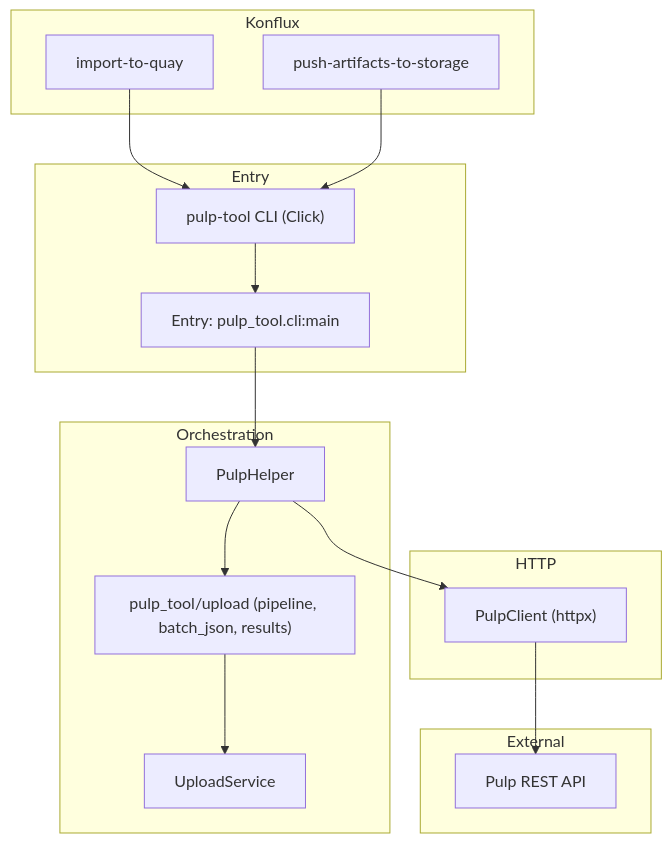
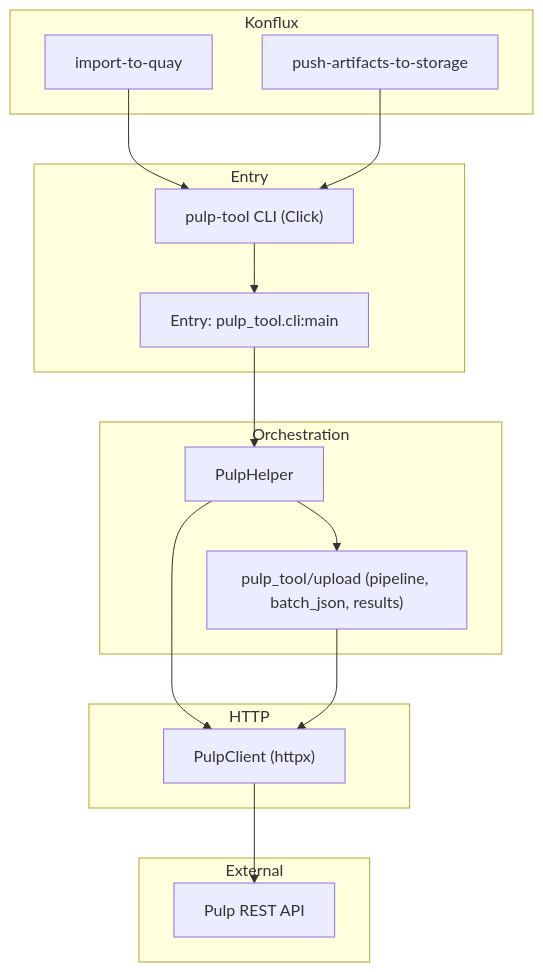
One commit to konflux-ci/pulp-tool changed the diagram in docs/ARCHITECTURE.md. Above: the diagram before and after it, drawn with Mermaid. The commit also changed other lines of this file and 18 other files, not shown here.

````diff
--- a/docs/ARCHITECTURE.md
+++ b/docs/ARCHITECTURE.md
@@ -39,28 +39,27 @@
 ```mermaid
 flowchart TB
   subgraph s1["Entry"]
     CLI["pulp-tool CLI (Click)"]
     EP["Entry: pulp_tool.cli:main"]
   end
   subgraph s2["Orchestration"]
     PH["PulpHelper"]
     UP["pulp_tool/upload (pipeline, batch_json, results)"]
-    US["UploadService"]
   end
   subgraph s3["HTTP"]
     PC["PulpClient (httpx)"]
   end
   subgraph s4["External"]
     PulpAPI["Pulp REST API"]
   end
   subgraph s5["Konflux"]
     T1["import-to-quay"]
     T2["push-artifacts-to-storage"]
   end
   CLI --> EP --> PH
   PH --> UP
-  UP --> US
   PH --> PC --> PulpAPI
+  UP --> PC
   T1 --> CLI
   T2 --> CLI
 ```
````
